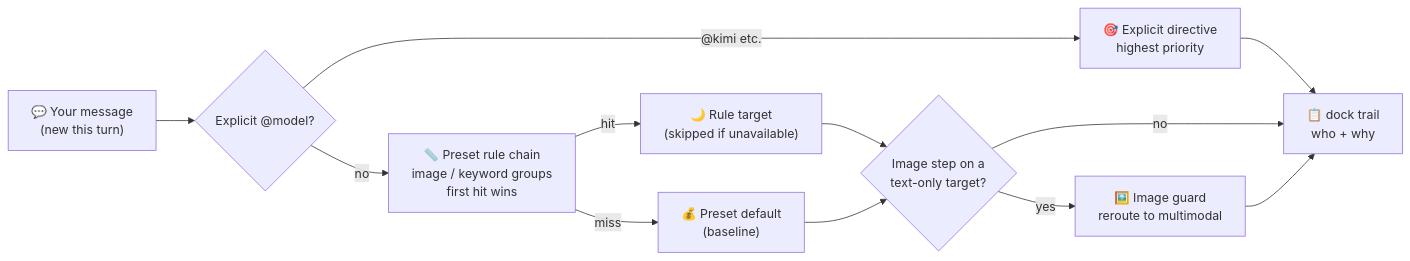
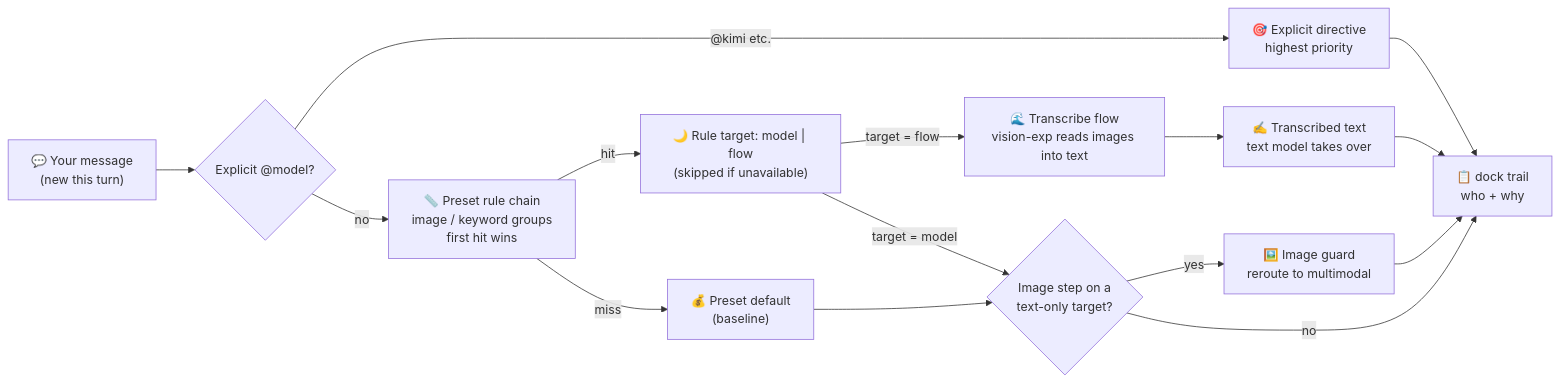
The third of 4 diagrams in README.md (tafcear/kimi-tide), drawn with Mermaid before and after one commit. The commit also changed other lines of this file and 8 other files, not shown here.

First line of the commit message:
docs(readme): 0.6.0 架构图重生成 + 贡献者致谢 + 路线图/FAQ/配置同步（中英镜像）

````diff
--- a/README.md
+++ b/README.md
@@ -283,14 +296,17 @@
 ```mermaid
 flowchart LR
     A["💬 Your message<br>(new this turn)"] --> B{"Explicit @model?"}
     B -- "@kimi etc." --> H["🎯 Explicit directive<br>highest priority"]
     B -- no --> C["📏 Preset rule chain<br>image / keyword groups<br>first hit wins"]
-    C -- hit --> D["🌙 Rule target<br>(skipped if unavailable)"]
+    C -- hit --> D["🌙 Rule target: model | flow<br>(skipped if unavailable)"]
     C -- miss --> E["💰 Preset default<br>(baseline)"]
     H --> J
-    D --> F{"Image step on a<br>text-only target?"}
-    E --> F
+    D -- "target = flow" --> T["🌊 Transcribe flow<br>vision-exp reads images into text"]
+    D -- "target = model" --> F
+    E --> F{"Image step on a<br>text-only target?"}
+    T --> K["✍️ Transcribed text<br>text model takes over"]
     F -- yes --> G["🖼️ Image guard<br>reroute to multimodal"]
     F -- no --> J["📋 dock trail<br>who + why"]
     G --> J
+    K --> J
 ```
````
